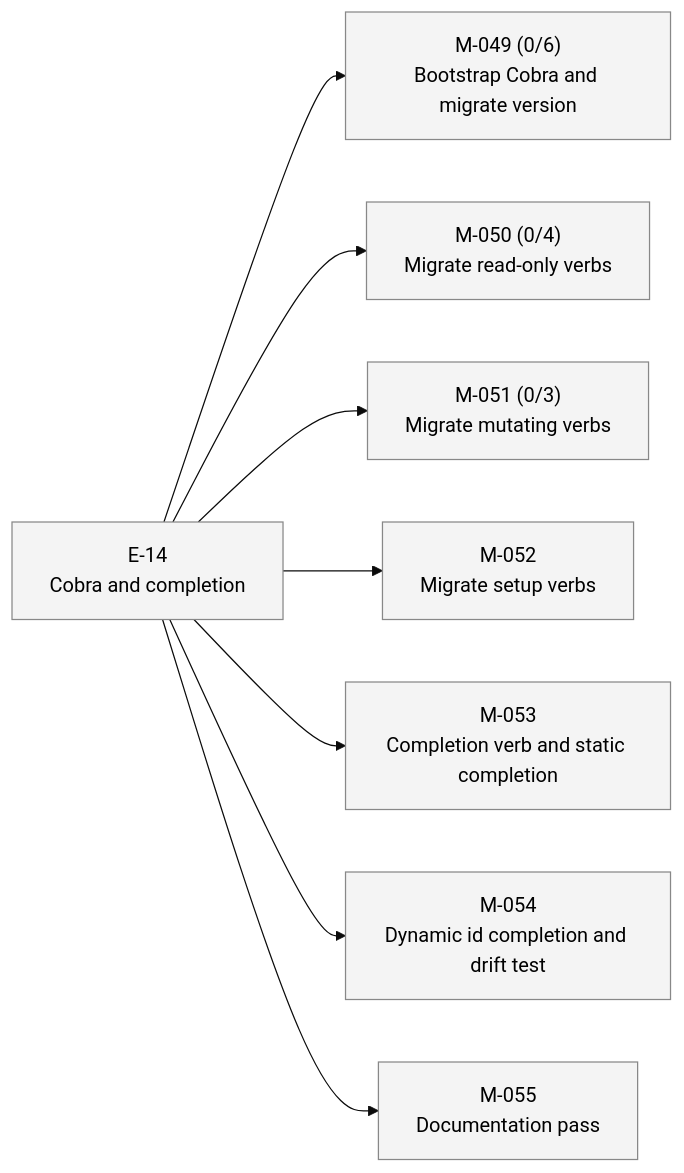
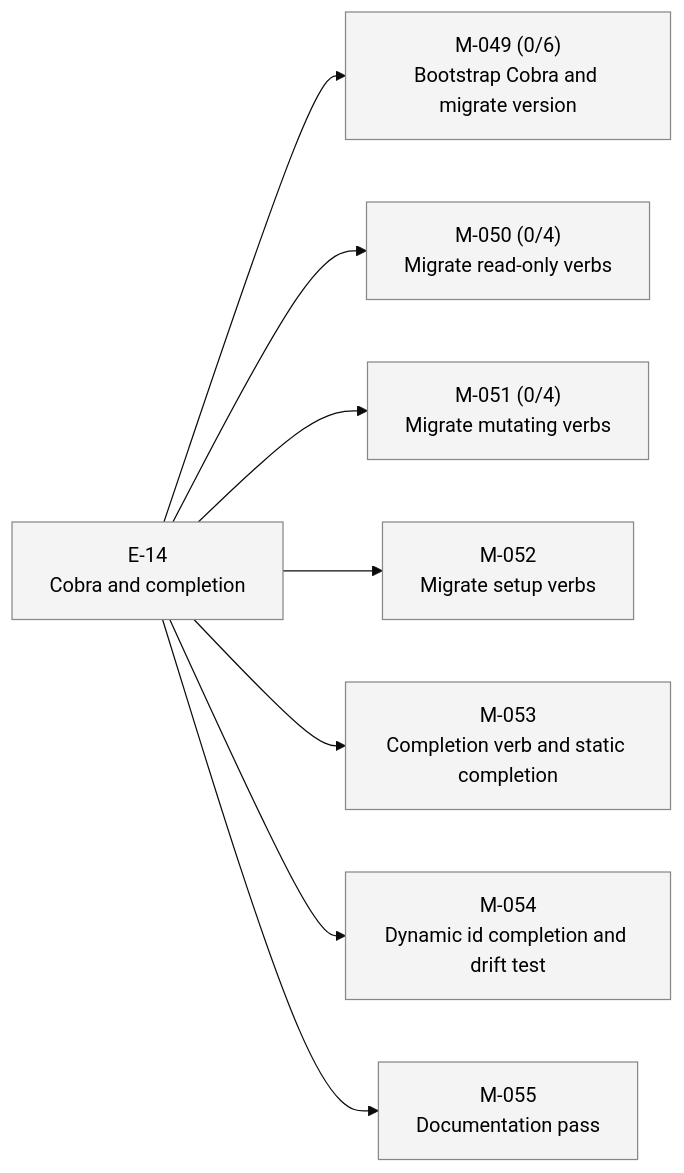
The second of 2 diagrams in STATUS.md (23min/aiwf), drawn with Mermaid (base theme) before and after one commit. The commit also changed other lines of this file and 1 other file, not shown here.

First line of the commit message:
aiwf add ac M-051/AC-4 "Provenance trailer coherence rules preserved across migrated verbs"

````diff
--- a/STATUS.md
+++ b/STATUS.md
@@ -38,24 +38,24 @@
 ```mermaid
 flowchart LR
   E_14["E-14<br/>Cobra and completion"]:::epic_proposed
   M_049["M-049 (0/6)<br/>Bootstrap Cobra and migrate version"]:::ms_draft
   E_14 --> M_049
   M_050["M-050 (0/4)<br/>Migrate read-only verbs"]:::ms_draft
   E_14 --> M_050
-  M_051["M-051 (0/3)<br/>Migrate mutating verbs"]:::ms_draft
+  M_051["M-051 (0/4)<br/>Migrate mutating verbs"]:::ms_draft
   E_14 --> M_051
   M_052["M-052<br/>Migrate setup verbs"]:::ms_draft
   E_14 --> M_052
   M_053["M-053<br/>Completion verb and static completion"]:::ms_draft
   E_14 --> M_053
   M_054["M-054<br/>Dynamic id completion and drift test"]:::ms_draft
   E_14 --> M_054
   M_055["M-055<br/>Documentation pass"]:::ms_draft
   E_14 --> M_055
   classDef epic_active fill:#d6eaff,stroke:#1a73e8,color:#000
   classDef epic_proposed fill:#f4f4f4,stroke:#888,color:#000
   classDef ms_done fill:#d8f5d8,stroke:#2a8a2a,color:#000
   classDef ms_in_progress fill:#fff3c4,stroke:#caa400,color:#000
   classDef ms_draft fill:#f4f4f4,stroke:#888,color:#000
   classDef ms_cancelled fill:#fbeaea,stroke:#c33,color:#000
 ```
````
